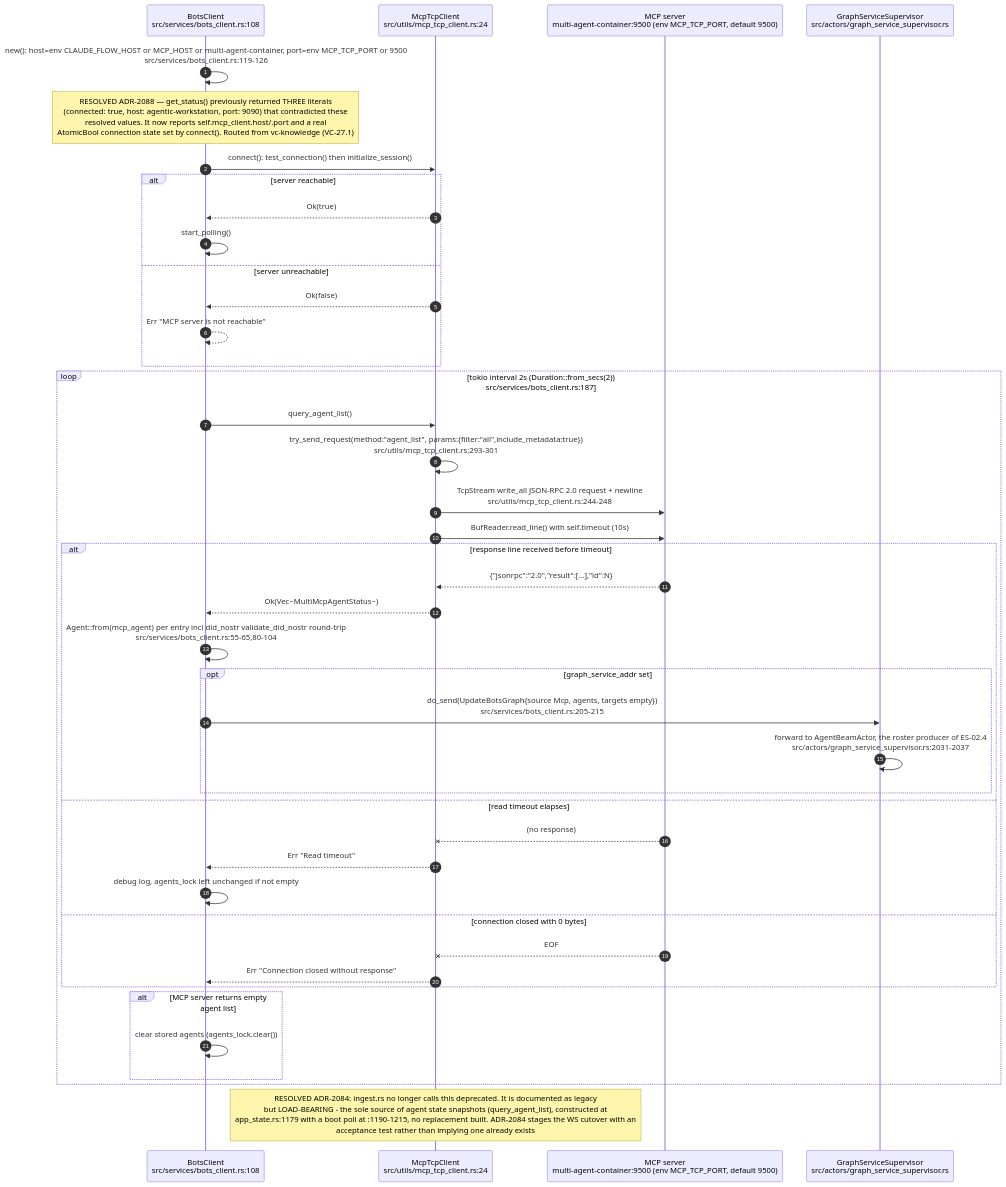
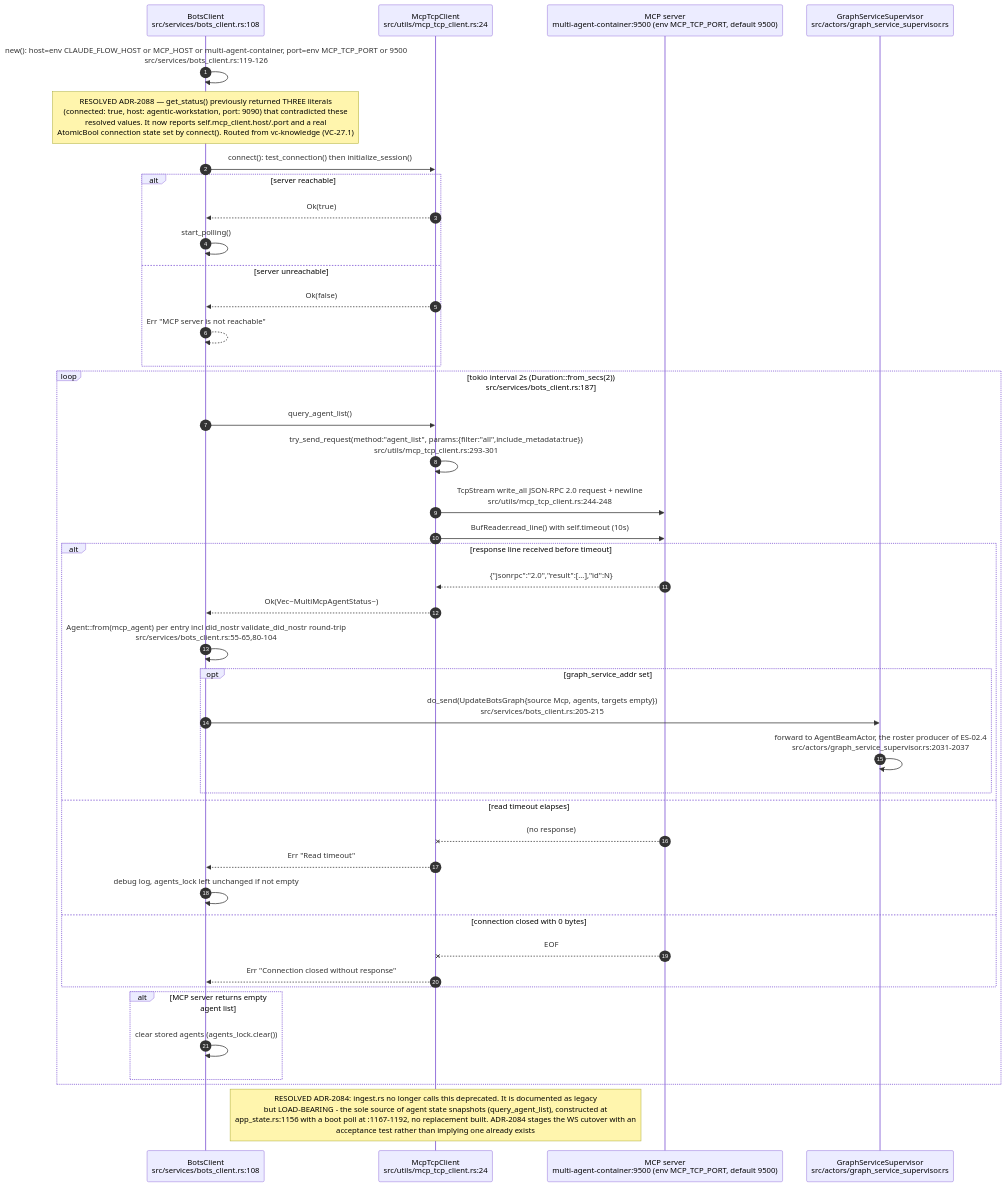
One commit to DreamLab-AI/VisionFlow changed the eighth of 12 diagrams in docs/diagrams/estate/02-agent-events-agentbox-to-visionclaw.md. Above: the diagram before and after it, drawn with Mermaid. The commit also changed other lines of this file and 49 other files, not shown here.

First line of the commit message:
docs(diagrams): re-derive and re-stamp VisionClaw, estate, knowledge-graph, visionGraph, VisionFlow and sidestr topics

````diff
--- a/docs/diagrams/estate/02-agent-events-agentbox-to-visionclaw.md
+++ b/docs/diagrams/estate/02-agent-events-agentbox-to-visionclaw.md
@@ -391,45 +391,45 @@
 ```mermaid
 sequenceDiagram
     autonumber
     participant BC as BotsClient<br/>src/services/bots_client.rs:108
     participant TCP as McpTcpClient<br/>src/utils/mcp_tcp_client.rs:24
     participant SRV as MCP server<br/>multi-agent-container:9500 (env MCP_TCP_PORT, default 9500)
     participant GSS as GraphServiceSupervisor<br/>src/actors/graph_service_supervisor.rs
 
     BC->>BC: new(): host=env CLAUDE_FLOW_HOST or MCP_HOST or multi-agent-container, port=env MCP_TCP_PORT or 9500<br/>src/services/bots_client.rs:119-126
     Note over BC: RESOLVED ADR-2088 — get_status() previously returned THREE literals<br/>(connected: true, host: agentic-workstation, port: 9090) that contradicted these<br/>resolved values. It now reports self.mcp_client.host/.port and a real<br/>AtomicBool connection state set by connect(). Routed from vc-knowledge (VC-27.1)
     BC->>TCP: connect(): test_connection() then initialize_session()
     alt server reachable
         TCP-->>BC: Ok(true)
         BC->>BC: start_polling()
     else server unreachable
         TCP-->>BC: Ok(false)
         BC-->>BC: Err "MCP server is not reachable"
     end
     loop tokio interval 2s (Duration::from_secs(2))<br/>src/services/bots_client.rs:187
         BC->>TCP: query_agent_list()
         TCP->>TCP: try_send_request(method:"agent_list", params:{filter:"all",include_metadata:true})<br/>src/utils/mcp_tcp_client.rs:293-301
         TCP->>SRV: TcpStream write_all JSON-RPC 2.0 request + newline<br/>src/utils/mcp_tcp_client.rs:244-248
         TCP->>SRV: BufReader.read_line() with self.timeout (10s)
         alt response line received before timeout
             SRV-->>TCP: {"jsonrpc":"2.0","result":[...],"id":N}
             TCP-->>BC: Ok(Vec~MultiMcpAgentStatus~)
             BC->>BC: Agent::from(mcp_agent) per entry incl did_nostr validate_did_nostr round-trip<br/>src/services/bots_client.rs:55-65,80-104
             opt graph_service_addr set
                 BC->>GSS: do_send(UpdateBotsGraph{source Mcp, agents, targets empty})<br/>src/services/bots_client.rs:205-215
                 GSS->>GSS: forward to AgentBeamActor, the roster producer of ES-02.4<br/>src/actors/graph_service_supervisor.rs:2031-2037
             end
         else read timeout elapses
             SRV--xTCP: (no response)
             TCP-->>BC: Err "Read timeout"
             BC->>BC: debug log, agents_lock left unchanged if not empty
         else connection closed with 0 bytes
             SRV--xTCP: EOF
             TCP-->>BC: Err "Connection closed without response"
         end
         alt MCP server returns empty agent list
             BC->>BC: clear stored agents (agents_lock.clear())
         end
     end
-    Note over TCP: RESOLVED ADR-2084: ingest.rs no longer calls this deprecated. It is documented as legacy<br/>but LOAD-BEARING - the sole source of agent state snapshots (query_agent_list), constructed at<br/>app_state.rs:1179 with a boot poll at :1190-1215, no replacement built. ADR-2084 stages the WS cutover with an<br/>acceptance test rather than implying one already exists
+    Note over TCP: RESOLVED ADR-2084: ingest.rs no longer calls this deprecated. It is documented as legacy<br/>but LOAD-BEARING - the sole source of agent state snapshots (query_agent_list), constructed at<br/>app_state.rs:1156 with a boot poll at :1167-1192, no replacement built. ADR-2084 stages the WS cutover with an<br/>acceptance test rather than implying one already exists
 ```
````
